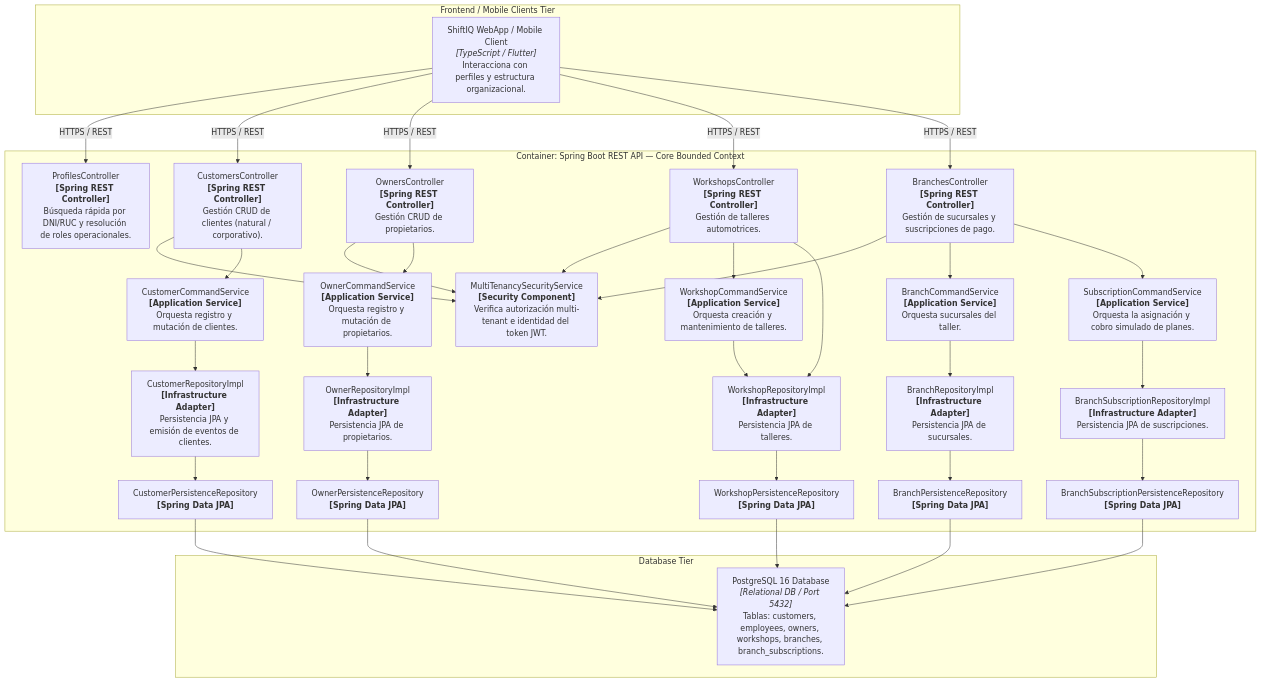
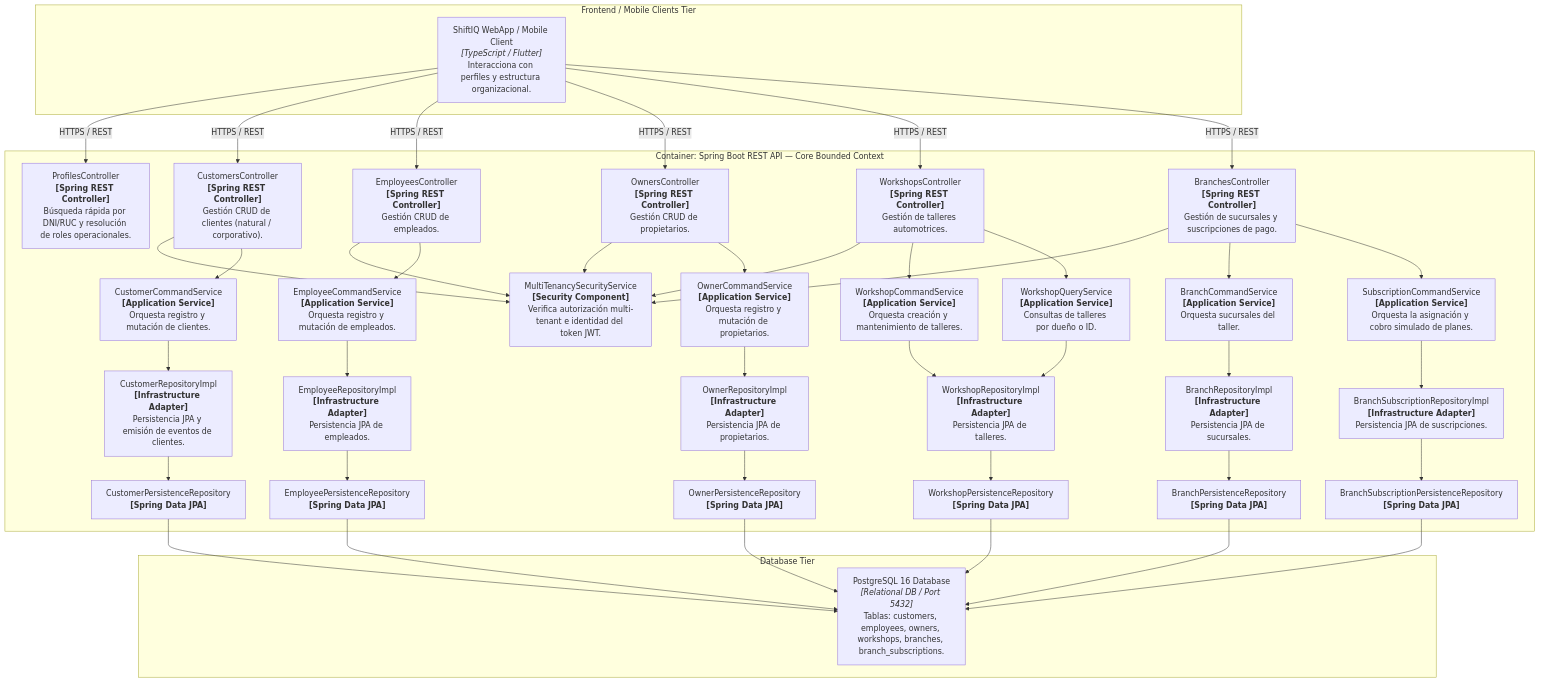
The fifth of 7 diagrams in docs/core-bounded-context-dictionary.md (tux-logic/shiftiq-platform), drawn with Mermaid before and after one commit. The commit also changed other lines of this file, not shown here.

```diff
--- a/docs/core-bounded-context-dictionary.md
+++ b/docs/core-bounded-context-dictionary.md
@@ -689,25 +720,30 @@
     subgraph Core_Container ["Container: Spring Boot REST API — Core Bounded Context"]
         ProfilesCtrl["ProfilesController<br><b>[Spring REST Controller]</b><br>Búsqueda rápida por DNI/RUC y resolución de roles operacionales."]
         CustomersCtrl["CustomersController<br><b>[Spring REST Controller]</b><br>Gestión CRUD de clientes (natural / corporativo)."]
+        EmployeesCtrl["EmployeesController<br><b>[Spring REST Controller]</b><br>Gestión CRUD de empleados."]
         OwnersCtrl["OwnersController<br><b>[Spring REST Controller]</b><br>Gestión CRUD de propietarios."]
         WorkshopsCtrl["WorkshopsController<br><b>[Spring REST Controller]</b><br>Gestión de talleres automotrices."]
         BranchesCtrl["BranchesController<br><b>[Spring REST Controller]</b><br>Gestión de sucursales y suscripciones de pago."]
 
-        UserSecService["MultiTenancySecurityService<br><b>[Security Component]</b><br>Verifica autorización multi-tenant e identidad del token JWT."]
+        MultiTenancySecService["MultiTenancySecurityService<br><b>[Security Component]</b><br>Verifica autorización multi-tenant e identidad del token JWT."]
 
         CustCmdService["CustomerCommandService<br><b>[Application Service]</b><br>Orquesta registro y mutación de clientes."]
+        EmpCmdService["EmployeeCommandService<br><b>[Application Service]</b><br>Orquesta registro y mutación de empleados."]
         OwnerCmdService["OwnerCommandService<br><b>[Application Service]</b><br>Orquesta registro y mutación de propietarios."]
         WorkCmdService["WorkshopCommandService<br><b>[Application Service]</b><br>Orquesta creación y mantenimiento de talleres."]
+        WorkQueryService["WorkshopQueryService<br><b>[Application Service]</b><br>Consultas de talleres por dueño o ID."]
         BranchCmdService["BranchCommandService<br><b>[Application Service]</b><br>Orquesta sucursales del taller."]
         SubCmdService["SubscriptionCommandService<br><b>[Application Service]</b><br>Orquesta la asignación y cobro simulado de planes."]
 
         CustRepoAdapter["CustomerRepositoryImpl<br><b>[Infrastructure Adapter]</b><br>Persistencia JPA y emisión de eventos de clientes."]
+        EmpRepoAdapter["EmployeeRepositoryImpl<br><b>[Infrastructure Adapter]</b><br>Persistencia JPA de empleados."]
         OwnerRepoAdapter["OwnerRepositoryImpl<br><b>[Infrastructure Adapter]</b><br>Persistencia JPA de propietarios."]
         WorkRepoAdapter["WorkshopRepositoryImpl<br><b>[Infrastructure Adapter]</b><br>Persistencia JPA de talleres."]
         BranchRepoAdapter["BranchRepositoryImpl<br><b>[Infrastructure Adapter]</b><br>Persistencia JPA de sucursales."]
         SubRepoAdapter["BranchSubscriptionRepositoryImpl<br><b>[Infrastructure Adapter]</b><br>Persistencia JPA de suscripciones."]
 
         CustJpaRepo["CustomerPersistenceRepository<br><b>[Spring Data JPA]</b>"]
+        EmpJpaRepo["EmployeePersistenceRepository<br><b>[Spring Data JPA]</b>"]
         OwnerJpaRepo["OwnerPersistenceRepository<br><b>[Spring Data JPA]</b>"]
         WorkJpaRepo["WorkshopPersistenceRepository<br><b>[Spring Data JPA]</b>"]
         BranchJpaRepo["BranchPersistenceRepository<br><b>[Spring Data JPA]</b>"]
@@ -716,35 +752,42 @@
 
     ClientApp -->|"HTTPS / REST"| ProfilesCtrl
     ClientApp -->|"HTTPS / REST"| CustomersCtrl
+    ClientApp -->|"HTTPS / REST"| EmployeesCtrl
     ClientApp -->|"HTTPS / REST"| OwnersCtrl
     ClientApp -->|"HTTPS / REST"| WorkshopsCtrl
     ClientApp -->|"HTTPS / REST"| BranchesCtrl
 
-    CustomersCtrl --> UserSecService
-    OwnersCtrl --> UserSecService
-    WorkshopsCtrl --> UserSecService
-    BranchesCtrl --> UserSecService
+    CustomersCtrl --> MultiTenancySecService
+    EmployeesCtrl --> MultiTenancySecService
+    OwnersCtrl --> MultiTenancySecService
+    WorkshopsCtrl --> MultiTenancySecService
+    BranchesCtrl --> MultiTenancySecService
 
     CustomersCtrl --> CustCmdService
+    EmployeesCtrl --> EmpCmdService
     OwnersCtrl --> OwnerCmdService
     WorkshopsCtrl --> WorkCmdService
-    WorkshopsCtrl --> WorkRepoAdapter
+    WorkshopsCtrl --> WorkQueryService
     BranchesCtrl --> BranchCmdService
     BranchesCtrl --> SubCmdService
 
     CustCmdService --> CustRepoAdapter
+    EmpCmdService --> EmpRepoAdapter
     OwnerCmdService --> OwnerRepoAdapter
     WorkCmdService --> WorkRepoAdapter
+    WorkQueryService --> WorkRepoAdapter
     BranchCmdService --> BranchRepoAdapter
     SubCmdService --> SubRepoAdapter
 
     CustRepoAdapter --> CustJpaRepo
+    EmpRepoAdapter --> EmpJpaRepo
     OwnerRepoAdapter --> OwnerJpaRepo
     WorkRepoAdapter --> WorkJpaRepo
     BranchRepoAdapter --> BranchJpaRepo
     SubRepoAdapter --> SubJpaRepo
 
     CustJpaRepo --> PostgreSql
+    EmpJpaRepo --> PostgreSql
     OwnerJpaRepo --> PostgreSql
     WorkJpaRepo --> PostgreSql
     BranchJpaRepo --> PostgreSql
```
